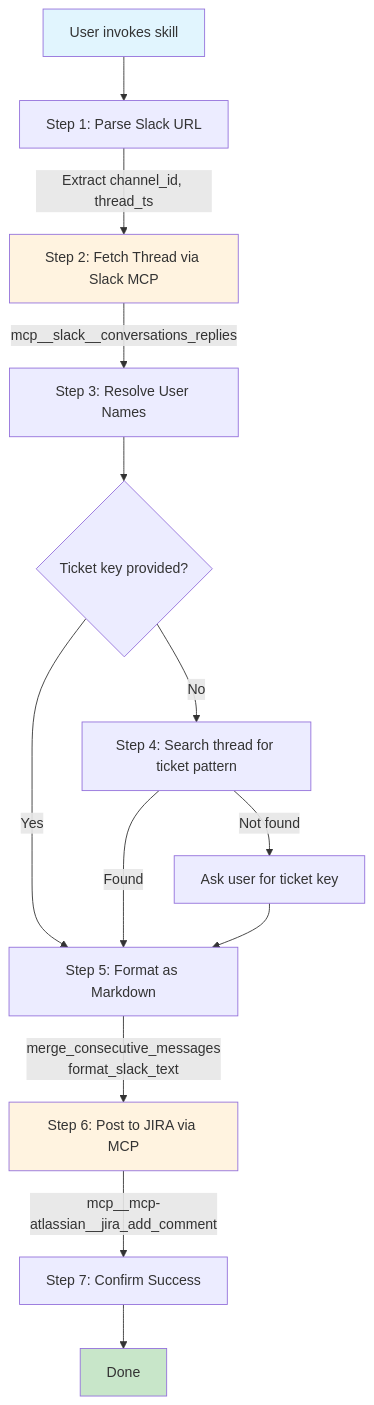
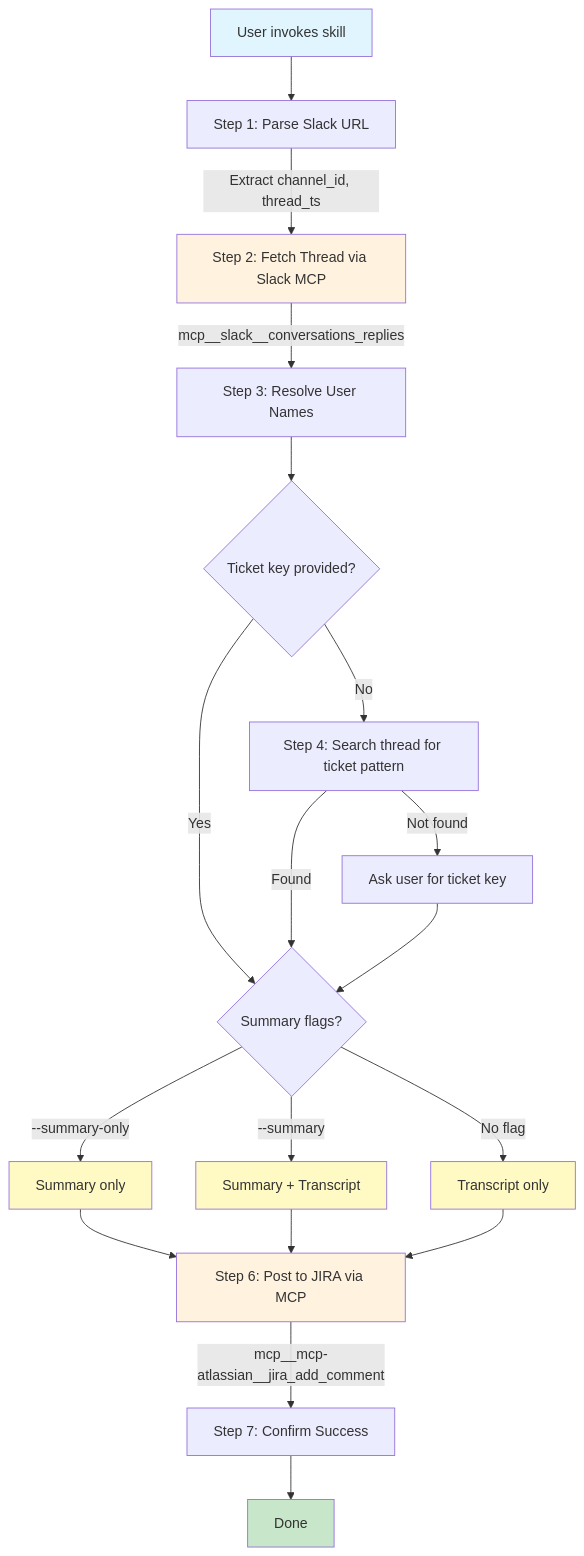
One commit to opendatahub-io/ai-helpers changed the diagram in claude-plugins/jira/skills/upload-slack-thread/README.md. Above: the diagram before and after it, drawn with Mermaid.

Commit message:
docs: update workflow

````diff
--- a/claude-plugins/jira/skills/upload-slack-thread/README.md
+++ b/claude-plugins/jira/skills/upload-slack-thread/README.md
@@ -24,20 +24,28 @@
 ```mermaid
 flowchart TD
     A[User invokes skill] --> B[Step 1: Parse Slack URL]
     B --> |Extract channel_id, thread_ts| C[Step 2: Fetch Thread via Slack MCP]
     C --> |mcp__slack__conversations_replies| D[Step 3: Resolve User Names]
     D --> E{Ticket key provided?}
-    E --> |Yes| F[Step 5: Format as Markdown]
+    E --> |Yes| F{Summary flags?}
     E --> |No| G[Step 4: Search thread for ticket pattern]
     G --> |Found| F
     G --> |Not found| H[Ask user for ticket key]
     H --> F
-    F --> |merge_consecutive_messages\nformat_slack_text| I[Step 6: Post to JIRA via MCP]
+    F --> |--summary-only| S1[Summary only]
+    F --> |--summary| S2[Summary + Transcript]
+    F --> |No flag| S3[Transcript only]
+    S1 --> I[Step 6: Post to JIRA via MCP]
+    S2 --> I
+    S3 --> I
     I --> |mcp__mcp-atlassian__jira_add_comment| J[Step 7: Confirm Success]
     J --> K[Done]
 
     style A fill:#e1f5fe
     style C fill:#fff3e0
     style I fill:#fff3e0
     style K fill:#c8e6c9
+    style S1 fill:#fff9c4
+    style S2 fill:#fff9c4
+    style S3 fill:#fff9c4
 ```
````
